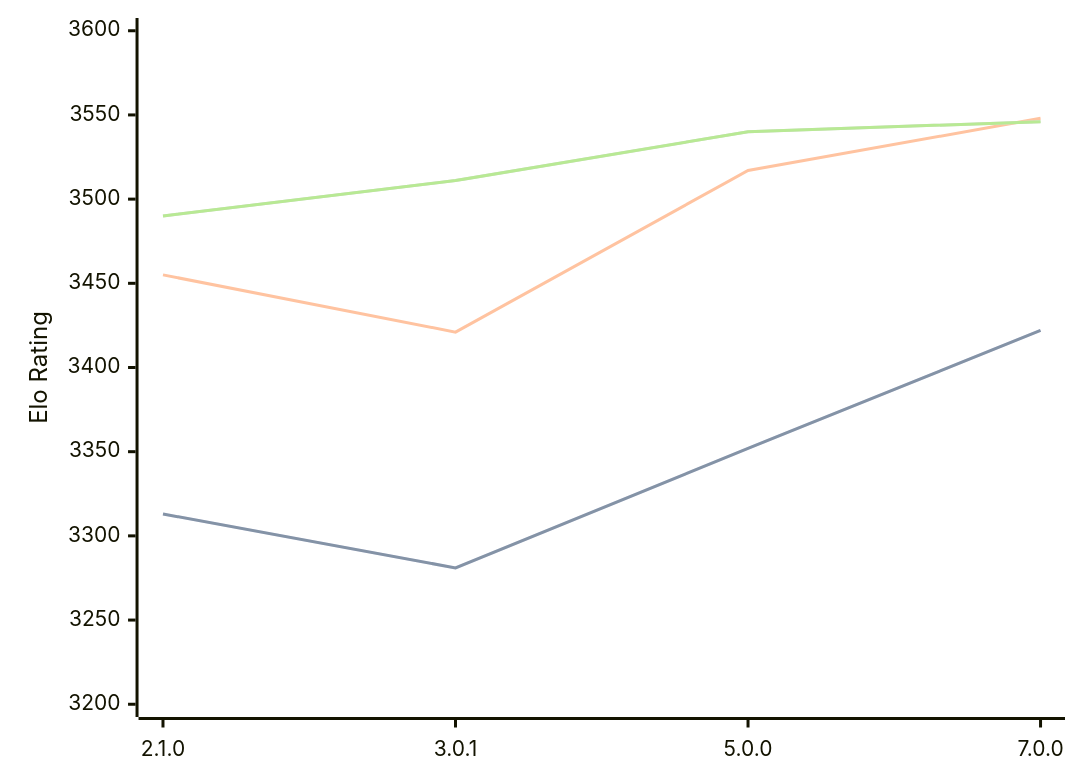
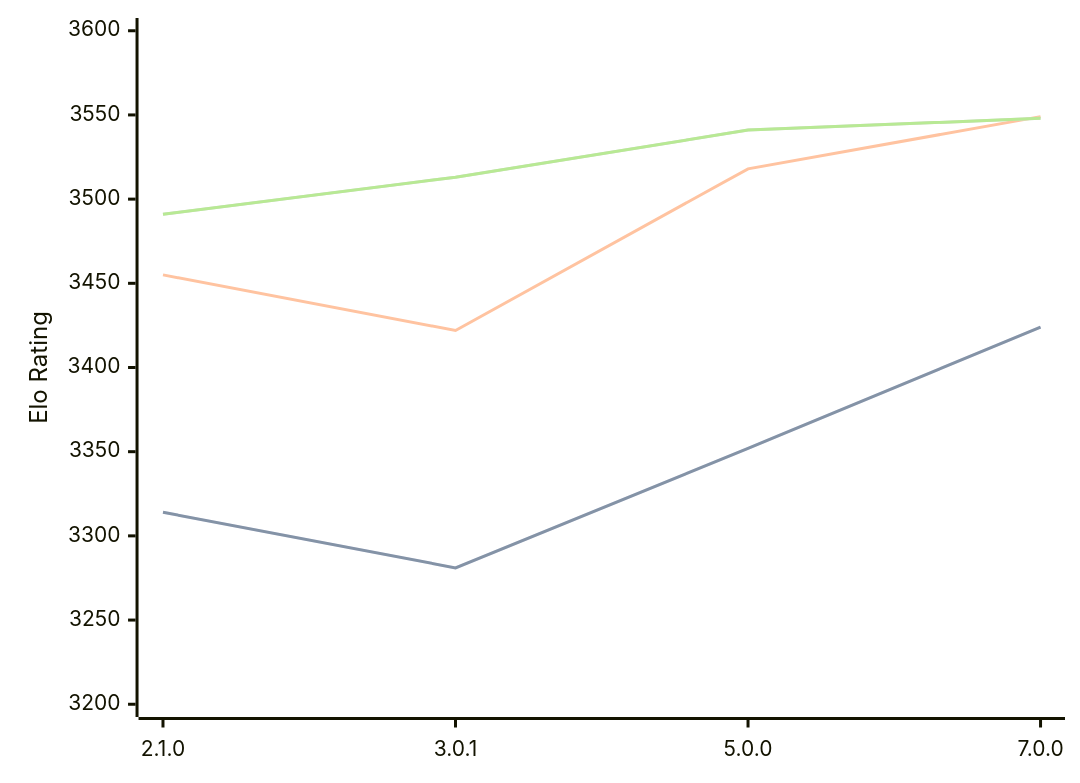
The first of 3 diagrams in engines/PlentyChess.md (computer-chess-index/cci), drawn with Mermaid before and after one commit. The commit also changed other lines of this file, not shown here.

Commit message:
Update CCI Ratings (ELO VLTC) - 2026-06-30

````diff
--- a/engines/PlentyChess.md
+++ b/engines/PlentyChess.md
@@ -45,11 +46,11 @@
 ```mermaid
 %%{init: {"theme":"base","themeVariables":{"seriesColors:['#a3a3a3','#222221','#faa371']}}}%%
 xychart-beta
   x-axis ["2.1.0", "3.0.1", "5.0.0", "7.0.0"]
   y-axis "Elo Rating" 3200 --> 3600
-  line "STC (8.0+0.08s)" [3313, 3281, 3352, 3422]
-  line "STC (8.0+0.08s)" [3313, 3281, 3352, 3422]
-  line "LTC (60.0+0.60s)" [3455, 3421, 3517, 3548]
-  line "VLTC (2m24s+1.12s)" [3490, 3511, 3540, 3546]
-  line "VLTC (2m24s+1.12s)" [3490, 3511, 3540, 3546]
+  line "STC (8.0+0.08s)" [3314, 3281, 3352, 3424]
+  line "STC (8.0+0.08s)" [3314, 3281, 3352, 3424]
+  line "LTC (60.0+0.60s)" [3455, 3422, 3518, 3549]
+  line "VLTC (2m24s+1.12s)" [3491, 3513, 3541, 3548]
+  line "VLTC (2m24s+1.12s)" [3491, 3513, 3541, 3548]
 ```
````
